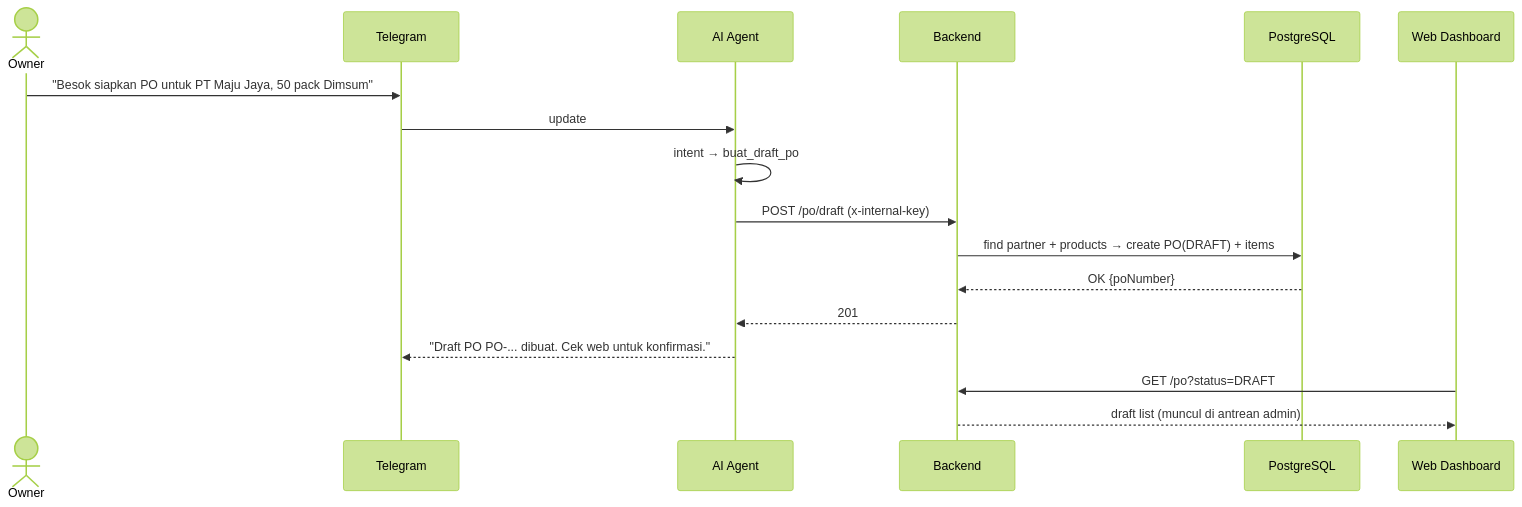
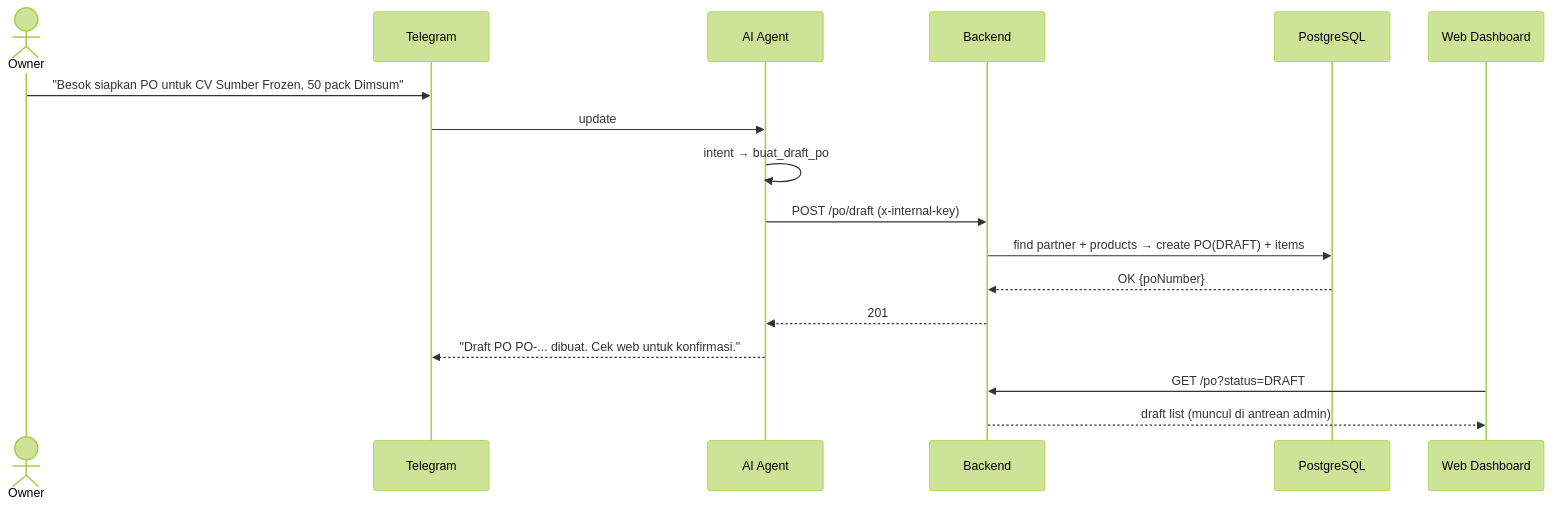
The fifth of 7 diagrams in docs/TECHNICAL.md (EkaBachrudin/ims), drawn with Mermaid (forest theme) before and after one commit. The commit also changed other lines of this file and 23 other files, not shown here.

````diff
--- a/docs/TECHNICAL.md
+++ b/docs/TECHNICAL.md
@@ -1221,20 +1221,20 @@
 ```mermaid
 sequenceDiagram
     actor Owner
     participant TG as Telegram
     participant AI as AI Agent
     participant BE as Backend
     participant DB as PostgreSQL
     participant FE as Web Dashboard
 
-    Owner->>TG: "Besok siapkan PO untuk PT Maju Jaya, 50 pack Dimsum"
+    Owner->>TG: "Besok siapkan PO untuk CV Sumber Frozen, 50 pack Dimsum"
     TG->>AI: update
     AI->>AI: intent → buat_draft_po
     AI->>BE: POST /po/draft (x-internal-key)
     BE->>DB: find partner + products → create PO(DRAFT) + items
     DB-->>BE: OK {poNumber}
     BE-->>AI: 201
     AI-->>TG: "Draft PO PO-... dibuat. Cek web untuk konfirmasi."
     FE->>BE: GET /po?status=DRAFT
     BE-->>FE: draft list (muncul di antrean admin)
 ```
````
